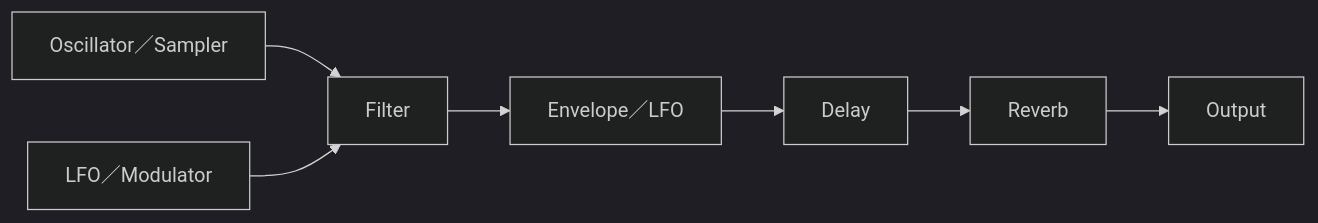
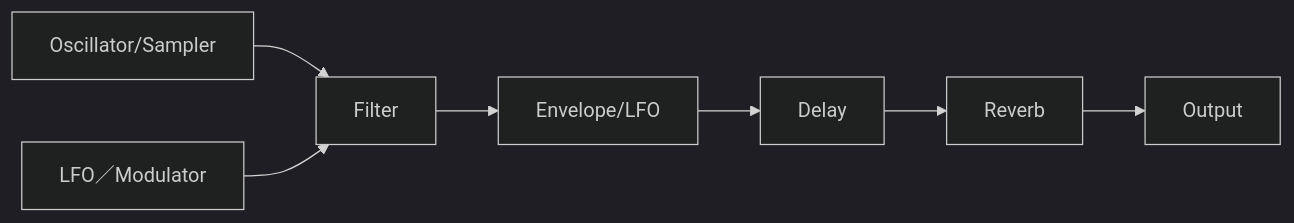
Before and after one commit to monumental-movement/monumental-movement.github.io: the diagram in en/_posts/2025-10-31-column-jeskola-buzz.md, drawn with Mermaid (dark theme). The commit also changed other lines of this file and 1719 other files, not shown here.

```diff
--- a/en/_posts/2025-10-31-column-jeskola-buzz.md
+++ b/en/_posts/2025-10-31-column-jeskola-buzz.md
@@ -264,11 +267,11 @@
 <div class="mermaid">
 
 flowchart LR
-    A[Oscillator／Sampler] --> B[Filter]
-    B --> C[Envelope／LFO]
-    C --> D[Delay]
-    D --> E[Reverb]
-    E --> F[Output]
-    G[LFO／Modulator] --> B
+A[Oscillator/Sampler] --> B[Filter]
+B --> C[Envelope/LFO]
+C --> D[Delay]
+D --> E[Reverb]
+E --> F[Output]
+G[LFO／Modulator] --> B
 
 </div>
```
